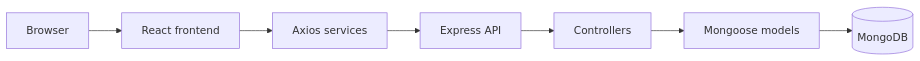
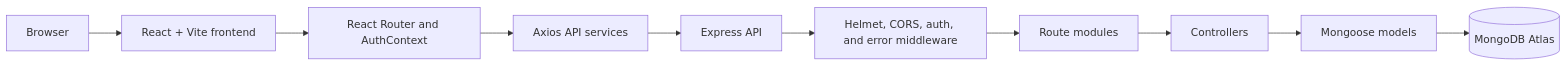
One commit to sabeerdeveloper555/Capstone-Project-FreelanceHub changed the first of 2 diagrams in CASE_STUDY.md. Above: the diagram before and after it, drawn with Mermaid. The commit also changed other lines of this file, not shown here.

````diff
--- a/CASE_STUDY.md
+++ b/CASE_STUDY.md
@@ -46,9 +50,12 @@
 ```mermaid
 flowchart LR
-    Browser --> React[React frontend]
-    React --> Axios[Axios services]
-    Axios --> Express[Express API]
-    Express --> Controllers
+    Browser --> Frontend[React + Vite frontend]
+    Frontend --> Router[React Router and AuthContext]
+    Router --> Axios[Axios API services]
+    Axios --> API[Express API]
+    API --> Middleware[Helmet, CORS, auth, and error middleware]
+    Middleware --> Routes[Route modules]
+    Routes --> Controllers[Controllers]
     Controllers --> Mongoose[Mongoose models]
-    Mongoose --> MongoDB[(MongoDB)]
+    Mongoose --> Mongo[(MongoDB Atlas)]
 ```
````
